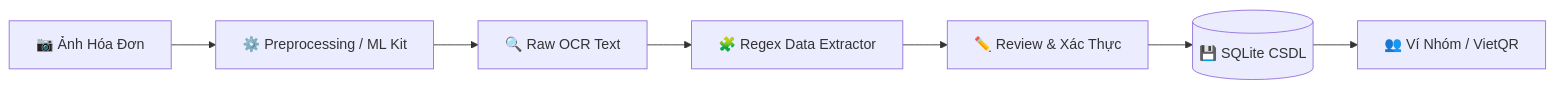
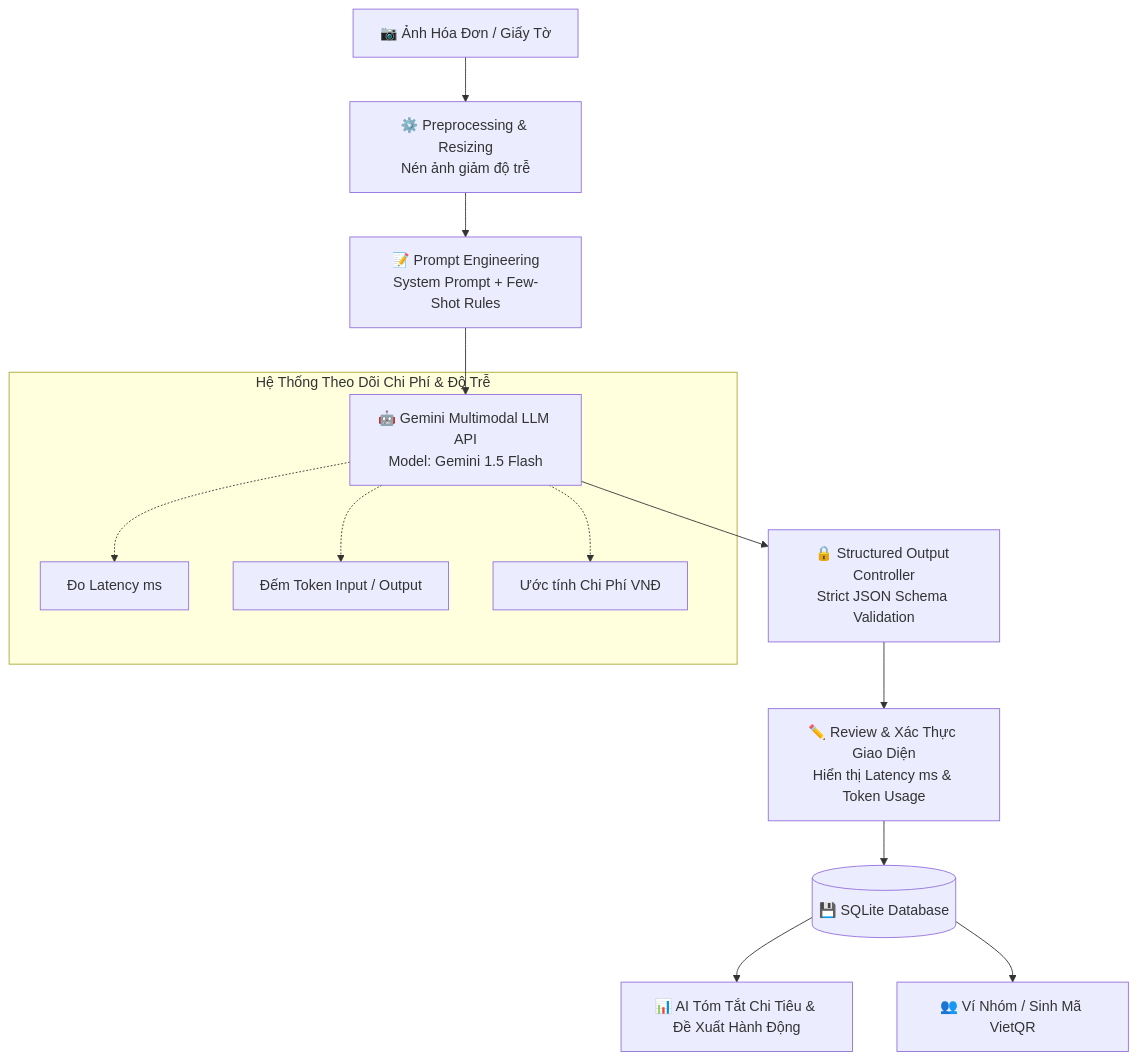
One commit to hynengy/Vi-xinh changed the diagram in README.md. Above: the diagram before and after it, drawn with Mermaid. The commit also changed other lines of this file and 26 other files, not shown here.

Commit message:
feat(llm): migrate project to Huong 3 LLM API, implement prompt engineering, strict JSON schema, latency/cost tracking and clean repository

````diff
--- a/README.md
+++ b/README.md
@@ -34,9 +37,17 @@
 ```mermaid
-graph LR
-    A[📷 Ảnh Hóa Đơn] --> B[⚙️ Preprocessing / ML Kit]
-    B --> C[🔍 Raw OCR Text]
-    C --> D[🧩 Regex Data Extractor]
-    D --> E[✏️ Review & Xác Thực]
-    E --> F[(💾 SQLite CSDL)]
-    F --> G[👥 Ví Nhóm / VietQR]
+graph TD
+    A[📷 Ảnh Hóa Đơn / Giấy Tờ] --> B[⚙️ Preprocessing & Resizing<br/>Nén ảnh giảm độ trễ]
+    B --> C[📝 Prompt Engineering<br/>System Prompt + Few-Shot Rules]
+    C --> D[🤖 Gemini Multimodal LLM API<br/>Model: Gemini 1.5 Flash]
+    D --> E[🔒 Structured Output Controller<br/>Strict JSON Schema Validation]
+    E --> F[✏️ Review & Xác Thực Giao Diện<br/>Hiển thị Latency ms & Token Usage]
+    F --> G[(💾 SQLite Database)]
+    G --> H[📊 AI Tóm Tắt Chi Tiêu & Đề Xuất Hành Động]
+    G --> I[👥 Ví Nhóm / Sinh Mã VietQR]
+
+    subgraph Cost_Latency_Tracking [Hệ Thống Theo Dõi Chi Phí & Độ Trễ]
+        D -.-> T1[Đo Latency ms]
+        D -.-> T2[Đếm Token Input / Output]
+        D -.-> T3[Ước tính Chi Phí VNĐ]
+    end
 ```
````
